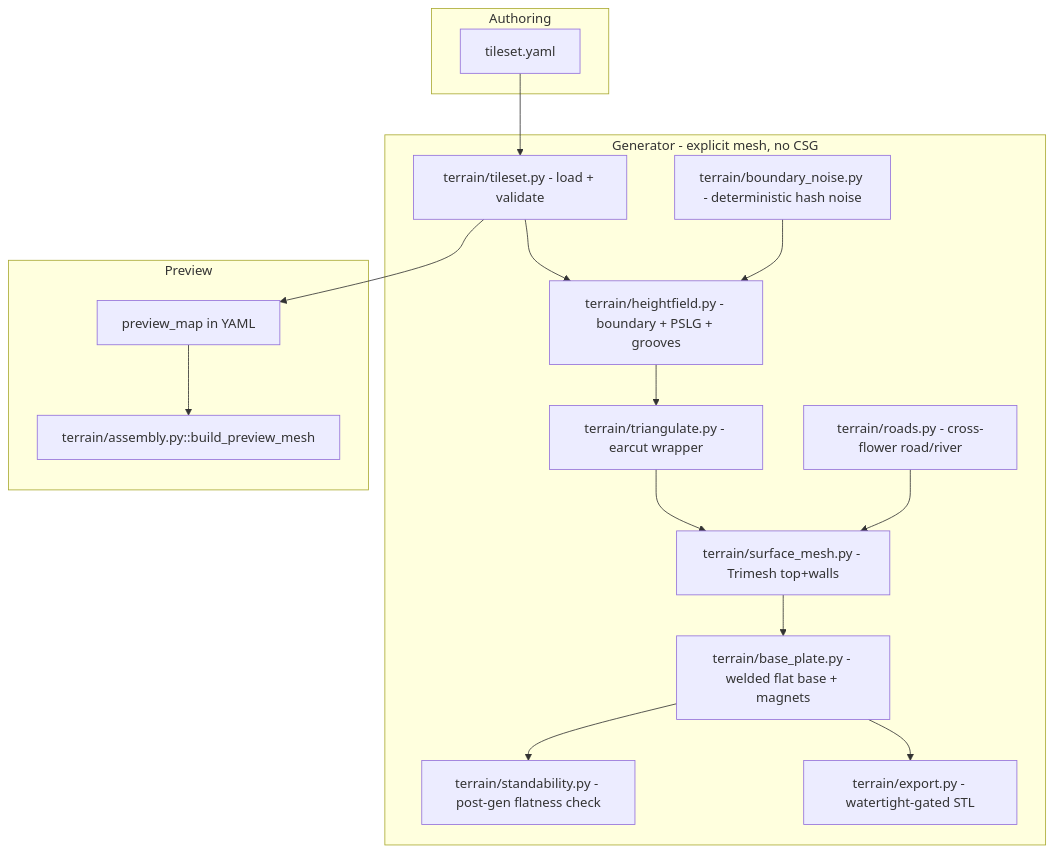
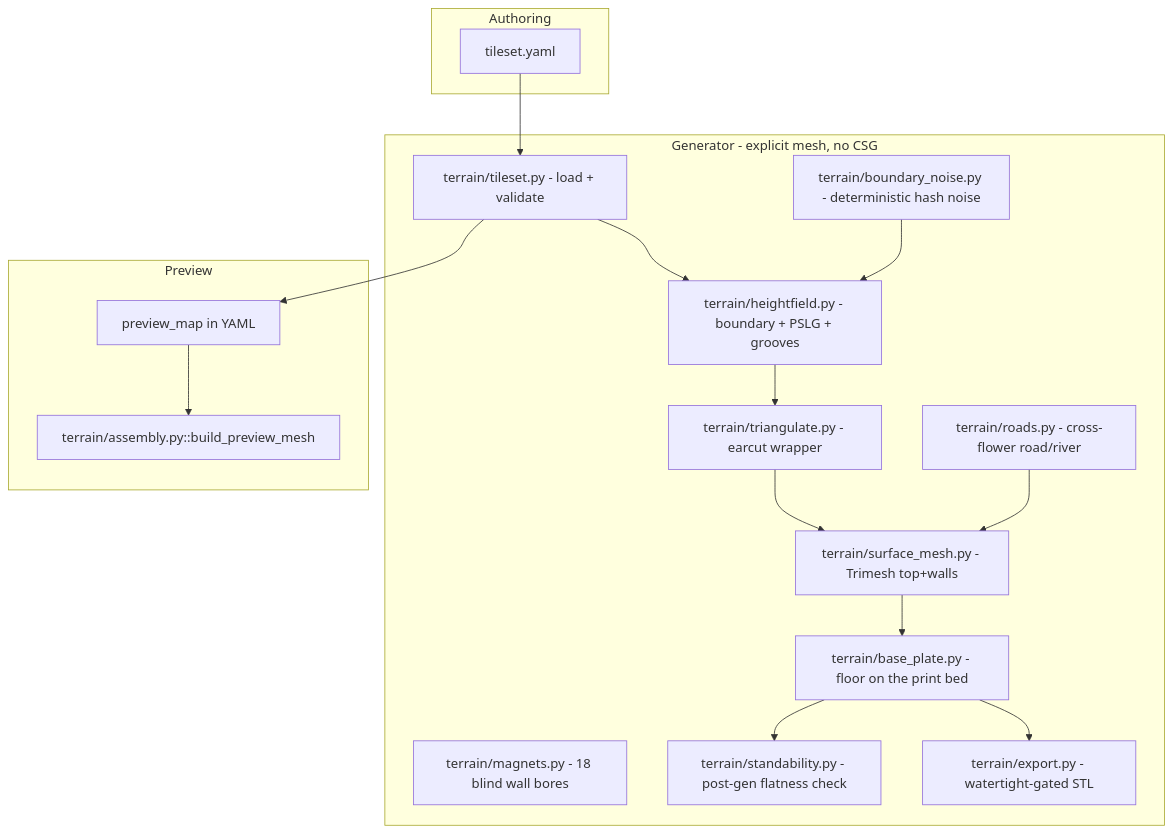
One commit to 3DExtended/TableTopWorld changed the diagram in docs/plans/3d-hex-flower-terrain.md. Above: the diagram before and after it, drawn with Mermaid. The commit also changed other lines of this file and 9 other files, not shown here.

First line of the commit message:
feat(terrain): 10 mm base plate in real millimetres with 18 blind magnet bores

````diff
--- a/docs/plans/3d-hex-flower-terrain.md
+++ b/docs/plans/3d-hex-flower-terrain.md
@@ -40,29 +40,30 @@
 ```mermaid
 flowchart TB
   subgraph authoring [Authoring]
     TilesetYAML[tileset.yaml]
   end
   subgraph core [Generator - explicit mesh, no CSG]
     Schema[terrain/tileset.py - load + validate]
     Noise[terrain/boundary_noise.py - deterministic hash noise]
     Heightfield[terrain/heightfield.py - boundary + PSLG + grooves]
     Tri[terrain/triangulate.py - earcut wrapper]
     Roads[terrain/roads.py - cross-flower road/river]
     Surface[terrain/surface_mesh.py - Trimesh top+walls]
-    Plate[terrain/base_plate.py - welded flat base + magnets]
+    Plate[terrain/base_plate.py - floor on the print bed]
+    Bores[terrain/magnets.py - 18 blind wall bores]
     Standability[terrain/standability.py - post-gen flatness check]
     Export[terrain/export.py - watertight-gated STL]
   end
   subgraph preview [Preview]
     ManualMap[preview_map in YAML]
     Combined[terrain/assembly.py::build_preview_mesh]
   end
   TilesetYAML --> Schema
   Schema --> Heightfield
   Noise --> Heightfield
   Heightfield --> Tri --> Surface
   Roads --> Surface
   Surface --> Plate --> Export
   Plate --> Standability
   Schema --> ManualMap --> Combined
 ```
````
